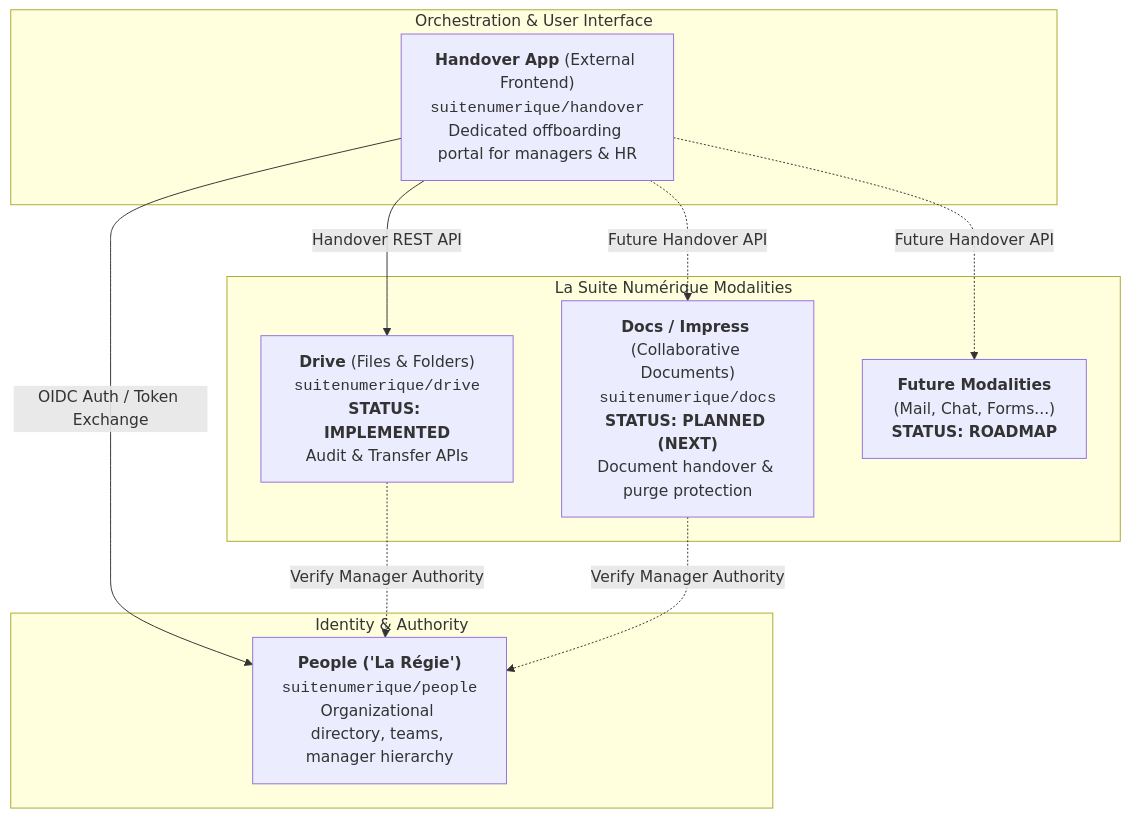
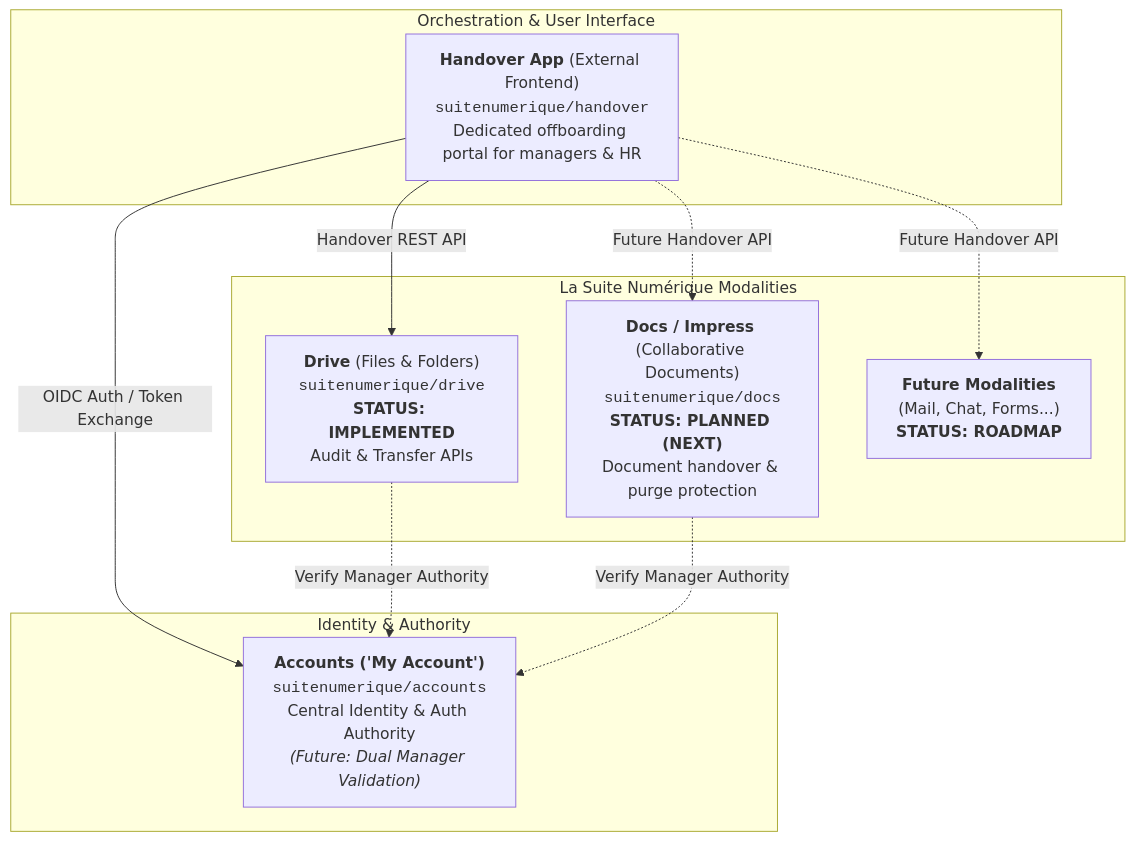
Before and after one commit to Hackathon42-Dinum-FileAudit/drive: the first of 3 diagrams in docs/ownership_transfer.md, drawn with Mermaid. The commit also changed other lines of this file and 8 other files, not shown here.

````diff
--- a/docs/ownership_transfer.md
+++ b/docs/ownership_transfer.md
@@ -15,23 +15,23 @@
 ```mermaid
 flowchart TD
     subgraph ClientLayer [Orchestration & User Interface]
         HandoverApp["<b>Handover App</b> (External Frontend)<br/><code>suitenumerique/handover</code><br/>Dedicated offboarding portal for managers & HR"]
     end
 
-    subgraph DirectoryService [Identity & Authority]
-        People["<b>People ('La Régie')</b><br/><code>suitenumerique/people</code><br/>Organizational directory, teams, manager hierarchy"]
+    subgraph IdentityService [Identity & Authority]
+        Accounts["<b>Accounts ('My Account')</b><br/><code>suitenumerique/accounts</code><br/>Central Identity & Auth Authority<br/><i>(Future: Dual Manager Validation)</i>"]
     end
 
     subgraph Modalities [La Suite Numérique Modalities]
         Drive["<b>Drive</b> (Files & Folders)<br/><code>suitenumerique/drive</code><br/><b>STATUS: IMPLEMENTED</b><br/>Audit & Transfer APIs"]
         Docs["<b>Docs / Impress</b> (Collaborative Documents)<br/><code>suitenumerique/docs</code><br/><b>STATUS: PLANNED (NEXT)</b><br/>Document handover & purge protection"]
         Future["<b>Future Modalities</b><br/>(Mail, Chat, Forms...)<br/><b>STATUS: ROADMAP</b>"]
     end
 
-    HandoverApp -->|OIDC Auth / Token Exchange| People
+    HandoverApp -->|OIDC Auth / Token Exchange| Accounts
     HandoverApp -->|Handover REST API| Drive
     HandoverApp -.->|Future Handover API| Docs
     HandoverApp -.->|Future Handover API| Future
-    Drive -.->|Verify Manager Authority| People
-    Docs -.->|Verify Manager Authority| People
+    Drive -.->|Verify Manager Authority| Accounts
+    Docs -.->|Verify Manager Authority| Accounts
 ```
````
